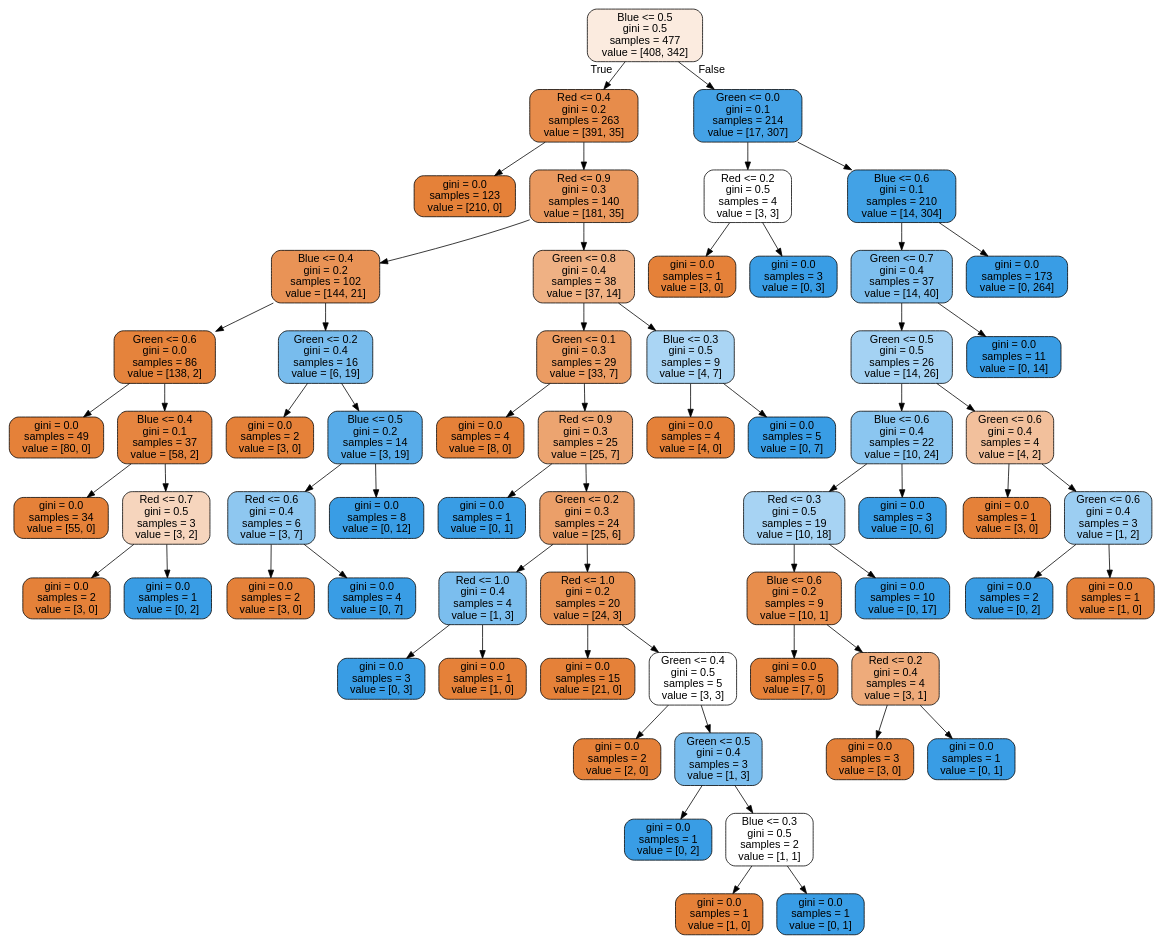
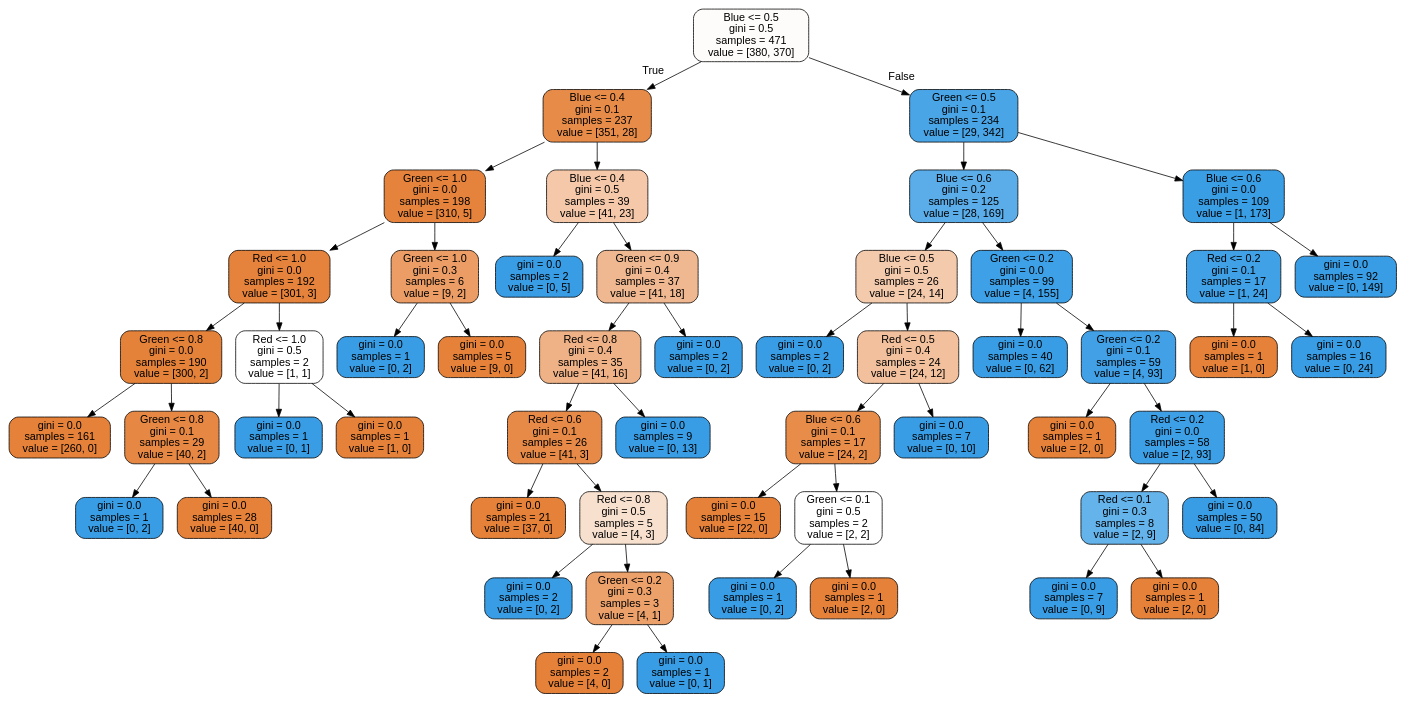
Before and after one commit to KarthikUdyawar/Color-detection: the diagram in model/tree.dot, drawn with Graphviz. The commit also changed 1 other file, not shown here.

```diff
--- a/model/tree.dot
+++ b/model/tree.dot
@@ -1,129 +1,109 @@
 digraph Tree {
 node [shape=box, style="filled, rounded", color="black", fontname="helvetica"] ;
 edge [fontname="helvetica"] ;
-0 [label="Blue <= 0.5\ngini = 0.5\nsamples = 477\nvalue = [408, 342]", fillcolor="#fbebdf"] ;
-1 [label="Red <= 0.4\ngini = 0.2\nsamples = 263\nvalue = [391, 35]", fillcolor="#e78c4b"] ;
+0 [label="Blue <= 0.5\ngini = 0.5\nsamples = 471\nvalue = [380, 370]", fillcolor="#fefcfa"] ;
+1 [label="Blue <= 0.4\ngini = 0.1\nsamples = 237\nvalue = [351, 28]", fillcolor="#e78b49"] ;
 0 -> 1 [labeldistance=2.5, labelangle=45, headlabel="True"] ;
-2 [label="gini = 0.0\nsamples = 123\nvalue = [210, 0]", fillcolor="#e58139"] ;
+2 [label="Green <= 1.0\ngini = 0.0\nsamples = 198\nvalue = [310, 5]", fillcolor="#e5833c"] ;
 1 -> 2 ;
-3 [label="Red <= 0.9\ngini = 0.3\nsamples = 140\nvalue = [181, 35]", fillcolor="#ea995f"] ;
-1 -> 3 ;
-4 [label="Blue <= 0.4\ngini = 0.2\nsamples = 102\nvalue = [144, 21]", fillcolor="#e99356"] ;
+3 [label="Red <= 1.0\ngini = 0.0\nsamples = 192\nvalue = [301, 3]", fillcolor="#e5823b"] ;
+2 -> 3 ;
+4 [label="Green <= 0.8\ngini = 0.0\nsamples = 190\nvalue = [300, 2]", fillcolor="#e5823a"] ;
 3 -> 4 ;
-5 [label="Green <= 0.6\ngini = 0.0\nsamples = 86\nvalue = [138, 2]", fillcolor="#e5833c"] ;
+5 [label="gini = 0.0\nsamples = 161\nvalue = [260, 0]", fillcolor="#e58139"] ;
 4 -> 5 ;
-6 [label="gini = 0.0\nsamples = 49\nvalue = [80, 0]", fillcolor="#e58139"] ;
-5 -> 6 ;
-7 [label="Blue <= 0.4\ngini = 0.1\nsamples = 37\nvalue = [58, 2]", fillcolor="#e68540"] ;
-5 -> 7 ;
-8 [label="gini = 0.0\nsamples = 34\nvalue = [55, 0]", fillcolor="#e58139"] ;
-7 -> 8 ;
-9 [label="Red <= 0.7\ngini = 0.5\nsamples = 3\nvalue = [3, 2]", fillcolor="#f6d5bd"] ;
-7 -> 9 ;
-10 [label="gini = 0.0\nsamples = 2\nvalue = [3, 0]", fillcolor="#e58139"] ;
+6 [label="Green <= 0.8\ngini = 0.1\nsamples = 29\nvalue = [40, 2]", fillcolor="#e68743"] ;
+4 -> 6 ;
+7 [label="gini = 0.0\nsamples = 1\nvalue = [0, 2]", fillcolor="#399de5"] ;
+6 -> 7 ;
+8 [label="gini = 0.0\nsamples = 28\nvalue = [40, 0]", fillcolor="#e58139"] ;
+6 -> 8 ;
+9 [label="Red <= 1.0\ngini = 0.5\nsamples = 2\nvalue = [1, 1]", fillcolor="#ffffff"] ;
+3 -> 9 ;
+10 [label="gini = 0.0\nsamples = 1\nvalue = [0, 1]", fillcolor="#399de5"] ;
 9 -> 10 ;
-11 [label="gini = 0.0\nsamples = 1\nvalue = [0, 2]", fillcolor="#399de5"] ;
+11 [label="gini = 0.0\nsamples = 1\nvalue = [1, 0]", fillcolor="#e58139"] ;
 9 -> 11 ;
-12 [label="Green <= 0.2\ngini = 0.4\nsamples = 16\nvalue = [6, 19]", fillcolor="#78bced"] ;
-4 -> 12 ;
-13 [label="gini = 0.0\nsamples = 2\nvalue = [3, 0]", fillcolor="#e58139"] ;
+12 [label="Green <= 1.0\ngini = 0.3\nsamples = 6\nvalue = [9, 2]", fillcolor="#eb9d65"] ;
+2 -> 12 ;
+13 [label="gini = 0.0\nsamples = 1\nvalue = [0, 2]", fillcolor="#399de5"] ;
 12 -> 13 ;
-14 [label="Blue <= 0.5\ngini = 0.2\nsamples = 14\nvalue = [3, 19]", fillcolor="#58ace9"] ;
+14 [label="gini = 0.0\nsamples = 5\nvalue = [9, 0]", fillcolor="#e58139"] ;
 12 -> 14 ;
-15 [label="Red <= 0.6\ngini = 0.4\nsamples = 6\nvalue = [3, 7]", fillcolor="#8ec7f0"] ;
-14 -> 15 ;
-16 [label="gini = 0.0\nsamples = 2\nvalue = [3, 0]", fillcolor="#e58139"] ;
+15 [label="Blue <= 0.4\ngini = 0.5\nsamples = 39\nvalue = [41, 23]", fillcolor="#f4c8a8"] ;
+1 -> 15 ;
+16 [label="gini = 0.0\nsamples = 2\nvalue = [0, 5]", fillcolor="#399de5"] ;
 15 -> 16 ;
-17 [label="gini = 0.0\nsamples = 4\nvalue = [0, 7]", fillcolor="#399de5"] ;
+17 [label="Green <= 0.9\ngini = 0.4\nsamples = 37\nvalue = [41, 18]", fillcolor="#f0b890"] ;
 15 -> 17 ;
-18 [label="gini = 0.0\nsamples = 8\nvalue = [0, 12]", fillcolor="#399de5"] ;
-14 -> 18 ;
-19 [label="Green <= 0.8\ngini = 0.4\nsamples = 38\nvalue = [37, 14]", fillcolor="#efb184"] ;
-3 -> 19 ;
-20 [label="Green <= 0.1\ngini = 0.3\nsamples = 29\nvalue = [33, 7]", fillcolor="#eb9c63"] ;
+18 [label="Red <= 0.8\ngini = 0.4\nsamples = 35\nvalue = [41, 16]", fillcolor="#efb286"] ;
+17 -> 18 ;
+19 [label="Red <= 0.6\ngini = 0.1\nsamples = 26\nvalue = [41, 3]", fillcolor="#e78a47"] ;
+18 -> 19 ;
+20 [label="gini = 0.0\nsamples = 21\nvalue = [37, 0]", fillcolor="#e58139"] ;
 19 -> 20 ;
-21 [label="gini = 0.0\nsamples = 4\nvalue = [8, 0]", fillcolor="#e58139"] ;
-20 -> 21 ;
-22 [label="Red <= 0.9\ngini = 0.3\nsamples = 25\nvalue = [25, 7]", fillcolor="#eca470"] ;
-20 -> 22 ;
-23 [label="gini = 0.0\nsamples = 1\nvalue = [0, 1]", fillcolor="#399de5"] ;
-22 -> 23 ;
-24 [label="Green <= 0.2\ngini = 0.3\nsamples = 24\nvalue = [25, 6]", fillcolor="#eb9f69"] ;
-22 -> 24 ;
-25 [label="Red <= 1.0\ngini = 0.4\nsamples = 4\nvalue = [1, 3]", fillcolor="#7bbeee"] ;
-24 -> 25 ;
-26 [label="gini = 0.0\nsamples = 3\nvalue = [0, 3]", fillcolor="#399de5"] ;
-25 -> 26 ;
-27 [label="gini = 0.0\nsamples = 1\nvalue = [1, 0]", fillcolor="#e58139"] ;
-25 -> 27 ;
-28 [label="Red <= 1.0\ngini = 0.2\nsamples = 20\nvalue = [24, 3]", fillcolor="#e89152"] ;
-24 -> 28 ;
-29 [label="gini = 0.0\nsamples = 15\nvalue = [21, 0]", fillcolor="#e58139"] ;
+21 [label="Red <= 0.8\ngini = 0.5\nsamples = 5\nvalue = [4, 3]", fillcolor="#f8e0ce"] ;
+19 -> 21 ;
+22 [label="gini = 0.0\nsamples = 2\nvalue = [0, 2]", fillcolor="#399de5"] ;
+21 -> 22 ;
+23 [label="Green <= 0.2\ngini = 0.3\nsamples = 3\nvalue = [4, 1]", fillcolor="#eca06a"] ;
+21 -> 23 ;
+24 [label="gini = 0.0\nsamples = 2\nvalue = [4, 0]", fillcolor="#e58139"] ;
+23 -> 24 ;
+25 [label="gini = 0.0\nsamples = 1\nvalue = [0, 1]", fillcolor="#399de5"] ;
+23 -> 25 ;
+26 [label="gini = 0.0\nsamples = 9\nvalue = [0, 13]", fillcolor="#399de5"] ;
+18 -> 26 ;
+27 [label="gini = 0.0\nsamples = 2\nvalue = [0, 2]", fillcolor="#399de5"] ;
+17 -> 27 ;
+28 [label="Green <= 0.5\ngini = 0.1\nsamples = 234\nvalue = [29, 342]", fillcolor="#4aa5e7"] ;
+0 -> 28 [labeldistance=2.5, labelangle=-45, headlabel="False"] ;
+29 [label="Blue <= 0.6\ngini = 0.2\nsamples = 125\nvalue = [28, 169]", fillcolor="#5aade9"] ;
 28 -> 29 ;
-30 [label="Green <= 0.4\ngini = 0.5\nsamples = 5\nvalue = [3, 3]", fillcolor="#ffffff"] ;
-28 -> 30 ;
-31 [label="gini = 0.0\nsamples = 2\nvalue = [2, 0]", fillcolor="#e58139"] ;
+30 [label="Blue <= 0.5\ngini = 0.5\nsamples = 26\nvalue = [24, 14]", fillcolor="#f4caac"] ;
+29 -> 30 ;
+31 [label="gini = 0.0\nsamples = 2\nvalue = [0, 2]", fillcolor="#399de5"] ;
 30 -> 31 ;
-32 [label="Green <= 0.5\ngini = 0.4\nsamples = 3\nvalue = [1, 3]", fillcolor="#7bbeee"] ;
+32 [label="Red <= 0.5\ngini = 0.4\nsamples = 24\nvalue = [24, 12]", fillcolor="#f2c09c"] ;
 30 -> 32 ;
-33 [label="gini = 0.0\nsamples = 1\nvalue = [0, 2]", fillcolor="#399de5"] ;
+33 [label="Blue <= 0.6\ngini = 0.1\nsamples = 17\nvalue = [24, 2]", fillcolor="#e78c49"] ;
 32 -> 33 ;
-34 [label="Blue <= 0.3\ngini = 0.5\nsamples = 2\nvalue = [1, 1]", fillcolor="#ffffff"] ;
-32 -> 34 ;
-35 [label="gini = 0.0\nsamples = 1\nvalue = [1, 0]", fillcolor="#e58139"] ;
-34 -> 35 ;
-36 [label="gini = 0.0\nsamples = 1\nvalue = [0, 1]", fillcolor="#399de5"] ;
-34 -> 36 ;
-37 [label="Blue <= 0.3\ngini = 0.5\nsamples = 9\nvalue = [4, 7]", fillcolor="#aad5f4"] ;
-19 -> 37 ;
-38 [label="gini = 0.0\nsamples = 4\nvalue = [4, 0]", fillcolor="#e58139"] ;
-37 -> 38 ;
-39 [label="gini = 0.0\nsamples = 5\nvalue = [0, 7]", fillcolor="#399de5"] ;
-37 -> 39 ;
-40 [label="Green <= 0.0\ngini = 0.1\nsamples = 214\nvalue = [17, 307]", fillcolor="#44a2e6"] ;
-0 -> 40 [labeldistance=2.5, labelangle=-45, headlabel="False"] ;
-41 [label="Red <= 0.2\ngini = 0.5\nsamples = 4\nvalue = [3, 3]", fillcolor="#ffffff"] ;
-40 -> 41 ;
-42 [label="gini = 0.0\nsamples = 1\nvalue = [3, 0]", fillcolor="#e58139"] ;
+34 [label="gini = 0.0\nsamples = 15\nvalue = [22, 0]", fillcolor="#e58139"] ;
+33 -> 34 ;
+35 [label="Green <= 0.1\ngini = 0.5\nsamples = 2\nvalue = [2, 2]", fillcolor="#ffffff"] ;
+33 -> 35 ;
+36 [label="gini = 0.0\nsamples = 1\nvalue = [0, 2]", fillcolor="#399de5"] ;
+35 -> 36 ;
+37 [label="gini = 0.0\nsamples = 1\nvalue = [2, 0]", fillcolor="#e58139"] ;
+35 -> 37 ;
+38 [label="gini = 0.0\nsamples = 7\nvalue = [0, 10]", fillcolor="#399de5"] ;
+32 -> 38 ;
+39 [label="Green <= 0.2\ngini = 0.0\nsamples = 99\nvalue = [4, 155]", fillcolor="#3ea0e6"] ;
+29 -> 39 ;
+40 [label="gini = 0.0\nsamples = 40\nvalue = [0, 62]", fillcolor="#399de5"] ;
+39 -> 40 ;
+41 [label="Green <= 0.2\ngini = 0.1\nsamples = 59\nvalue = [4, 93]", fillcolor="#42a1e6"] ;
+39 -> 41 ;
+42 [label="gini = 0.0\nsamples = 1\nvalue = [2, 0]", fillcolor="#e58139"] ;
 41 -> 42 ;
-43 [label="gini = 0.0\nsamples = 3\nvalue = [0, 3]", fillcolor="#399de5"] ;
+43 [label="Red <= 0.2\ngini = 0.0\nsamples = 58\nvalue = [2, 93]", fillcolor="#3d9fe6"] ;
 41 -> 43 ;
-44 [label="Blue <= 0.6\ngini = 0.1\nsamples = 210\nvalue = [14, 304]", fillcolor="#42a2e6"] ;
-40 -> 44 ;
-45 [label="Green <= 0.7\ngini = 0.4\nsamples = 37\nvalue = [14, 40]", fillcolor="#7ebfee"] ;
+44 [label="Red <= 0.1\ngini = 0.3\nsamples = 8\nvalue = [2, 9]", fillcolor="#65b3eb"] ;
+43 -> 44 ;
+45 [label="gini = 0.0\nsamples = 7\nvalue = [0, 9]", fillcolor="#399de5"] ;
 44 -> 45 ;
-46 [label="Green <= 0.5\ngini = 0.5\nsamples = 26\nvalue = [14, 26]", fillcolor="#a4d2f3"] ;
-45 -> 46 ;
-47 [label="Blue <= 0.6\ngini = 0.4\nsamples = 22\nvalue = [10, 24]", fillcolor="#8bc6f0"] ;
-46 -> 47 ;
-48 [label="Red <= 0.3\ngini = 0.5\nsamples = 19\nvalue = [10, 18]", fillcolor="#a7d3f3"] ;
-47 -> 48 ;
-49 [label="Blue <= 0.6\ngini = 0.2\nsamples = 9\nvalue = [10, 1]", fillcolor="#e88e4d"] ;
+46 [label="gini = 0.0\nsamples = 1\nvalue = [2, 0]", fillcolor="#e58139"] ;
+44 -> 46 ;
+47 [label="gini = 0.0\nsamples = 50\nvalue = [0, 84]", fillcolor="#399de5"] ;
+43 -> 47 ;
+48 [label="Blue <= 0.6\ngini = 0.0\nsamples = 109\nvalue = [1, 173]", fillcolor="#3a9ee5"] ;
+28 -> 48 ;
+49 [label="Red <= 0.2\ngini = 0.1\nsamples = 17\nvalue = [1, 24]", fillcolor="#41a1e6"] ;
 48 -> 49 ;
-50 [label="gini = 0.0\nsamples = 5\nvalue = [7, 0]", fillcolor="#e58139"] ;
+50 [label="gini = 0.0\nsamples = 1\nvalue = [1, 0]", fillcolor="#e58139"] ;
 49 -> 50 ;
-51 [label="Red <= 0.2\ngini = 0.4\nsamples = 4\nvalue = [3, 1]", fillcolor="#eeab7b"] ;
+51 [label="gini = 0.0\nsamples = 16\nvalue = [0, 24]", fillcolor="#399de5"] ;
 49 -> 51 ;
-52 [label="gini = 0.0\nsamples = 3\nvalue = [3, 0]", fillcolor="#e58139"] ;
-51 -> 52 ;
-53 [label="gini = 0.0\nsamples = 1\nvalue = [0, 1]", fillcolor="#399de5"] ;
-51 -> 53 ;
-54 [label="gini = 0.0\nsamples = 10\nvalue = [0, 17]", fillcolor="#399de5"] ;
-48 -> 54 ;
-55 [label="gini = 0.0\nsamples = 3\nvalue = [0, 6]", fillcolor="#399de5"] ;
-47 -> 55 ;
-56 [label="Green <= 0.6\ngini = 0.4\nsamples = 4\nvalue = [4, 2]", fillcolor="#f2c09c"] ;
-46 -> 56 ;
-57 [label="gini = 0.0\nsamples = 1\nvalue = [3, 0]", fillcolor="#e58139"] ;
-56 -> 57 ;
-58 [label="Green <= 0.6\ngini = 0.4\nsamples = 3\nvalue = [1, 2]", fillcolor="#9ccef2"] ;
-56 -> 58 ;
-59 [label="gini = 0.0\nsamples = 2\nvalue = [0, 2]", fillcolor="#399de5"] ;
-58 -> 59 ;
-60 [label="gini = 0.0\nsamples = 1\nvalue = [1, 0]", fillcolor="#e58139"] ;
-58 -> 60 ;
-61 [label="gini = 0.0\nsamples = 11\nvalue = [0, 14]", fillcolor="#399de5"] ;
-45 -> 61 ;
-62 [label="gini = 0.0\nsamples = 173\nvalue = [0, 264]", fillcolor="#399de5"] ;
-44 -> 62 ;
+52 [label="gini = 0.0\nsamples = 92\nvalue = [0, 149]", fillcolor="#399de5"] ;
+48 -> 52 ;
 }
```
